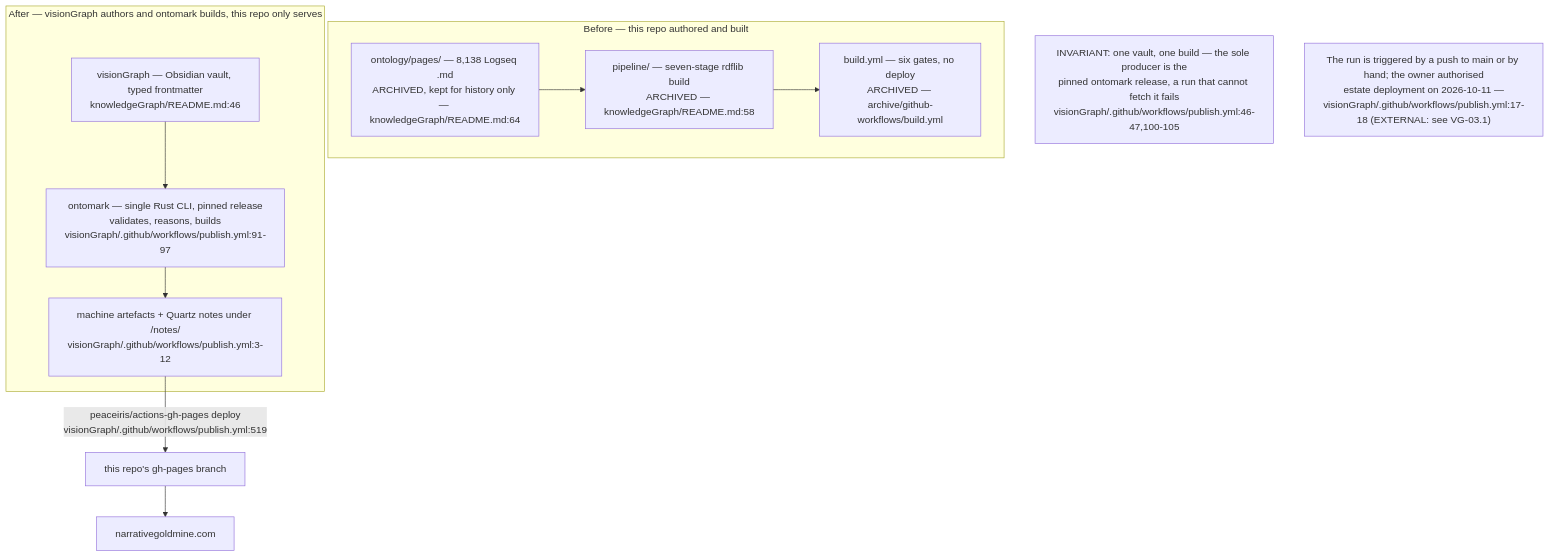
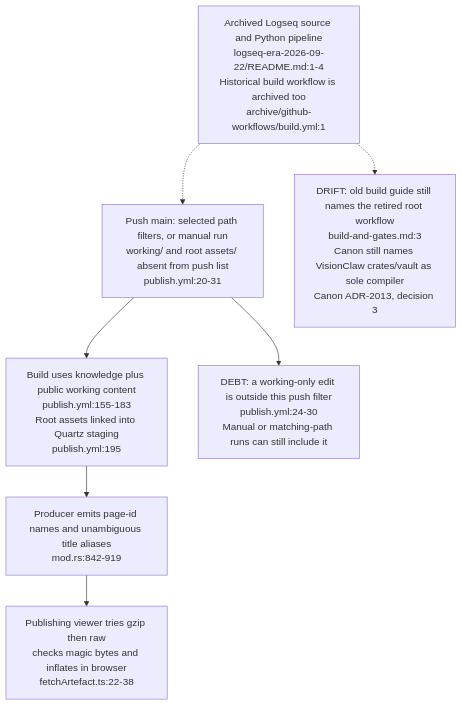
One commit to DreamLab-AI/VisionFlow changed the second of 2 diagrams in docs/diagrams/knowledgegraph/05-ci-cd-and-publish.md. Above: the diagram before and after it, drawn with Mermaid. The commit also changed other lines of this file and 18 other files, not shown here.

Commit message:
docs: audit publication gates and historical invariant succession

````diff
--- a/docs/diagrams/knowledgegraph/05-ci-cd-and-publish.md
+++ b/docs/diagrams/knowledgegraph/05-ci-cd-and-publish.md
@@ -44,19 +58,14 @@
 ```mermaid
 flowchart TB
-    subgraph BEFORE["Before — this repo authored and built"]
-        OLDONT["ontology/pages/ — 8,138 Logseq .md<br/>ARCHIVED, kept for history only — knowledgeGraph/README.md:64"]
-        OLDPIPE["pipeline/ — seven-stage rdflib build<br/>ARCHIVED — knowledgeGraph/README.md:58"]
-        OLDCI["build.yml — six gates, no deploy<br/>ARCHIVED — archive/github-workflows/build.yml"]
-        OLDONT --> OLDPIPE --> OLDCI
-    end
-    subgraph AFTER["After — visionGraph authors and ontomark builds, this repo only serves"]
-        VGVAULT["visionGraph — Obsidian vault, typed frontmatter<br/>knowledgeGraph/README.md:46"]
-        RUSTVAULT["ontomark — single Rust CLI, pinned release<br/>validates, reasons, builds<br/>visionGraph/.github/workflows/publish.yml:91-97"]
-        OKF["machine artefacts + Quartz notes under /notes/<br/>visionGraph/.github/workflows/publish.yml:3-12"]
-        VGVAULT --> RUSTVAULT --> OKF
-    end
-    OKF -->|"peaceiris/actions-gh-pages deploy<br/>visionGraph/.github/workflows/publish.yml:519"| GHPAGES["this repo's gh-pages branch"]
-    GHPAGES --> SITE2["narrativegoldmine.com"]
-    note1["INVARIANT: one vault, one build — the sole producer is the<br/>pinned ontomark release, a run that cannot fetch it fails<br/>visionGraph/.github/workflows/publish.yml:46-47,100-105"]
-    note2["The run is triggered by a push to main or by hand; the owner authorised<br/>estate deployment on 2026-10-11 —<br/>visionGraph/.github/workflows/publish.yml:17-18 (EXTERNAL: see VG-03.1)"]
+    OLD["Archived Logseq source and Python pipeline<br/>logseq-era-2026-09-22/README.md:1-4<br/>Historical build workflow is archived too<br/>archive/github-workflows/build.yml:1"]
+    TRIG["Push main: selected path filters, or manual run<br/>working/ and root assets/ absent from push list<br/>publish.yml:20-31"]
+    BUILD["Build uses knowledge plus public working content<br/>publish.yml:155-183<br/>Root assets linked into Quartz staging<br/>publish.yml:195"]
+    MIRROR["Producer emits page-id names and unambiguous title aliases<br/>mod.rs:842-919"]
+    FETCH["Publishing viewer tries gzip then raw<br/>checks magic bytes and inflates in browser<br/>fetchArtefact.ts:22-38"]
+    OLD -.-> TRIG --> BUILD --> MIRROR --> FETCH
+    DRIFT["DRIFT: old build guide still names the retired root workflow<br/>build-and-gates.md:3<br/>Canon still names VisionClaw crates/vault as sole compiler<br/>Canon ADR-2013, decision 3"]
+    %% DRIFT source: ADR-2013-sovereign-corpus-is-ecosystem-canon.md:52-58
+    OLD -.-> DRIFT
+    GAP["DEBT: a working-only edit is outside this push filter<br/>publish.yml:24-30<br/>Manual or matching-path runs can still include it"]
+    TRIG --> GAP
 ```
````
